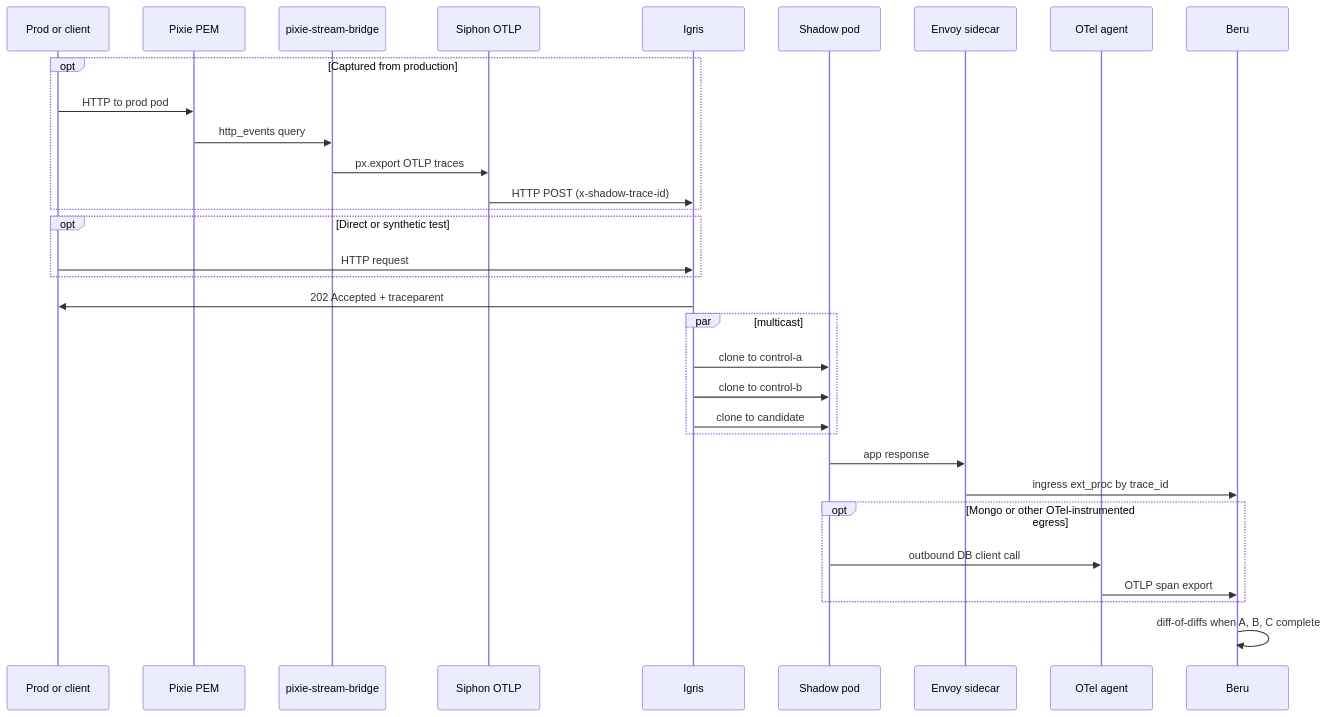
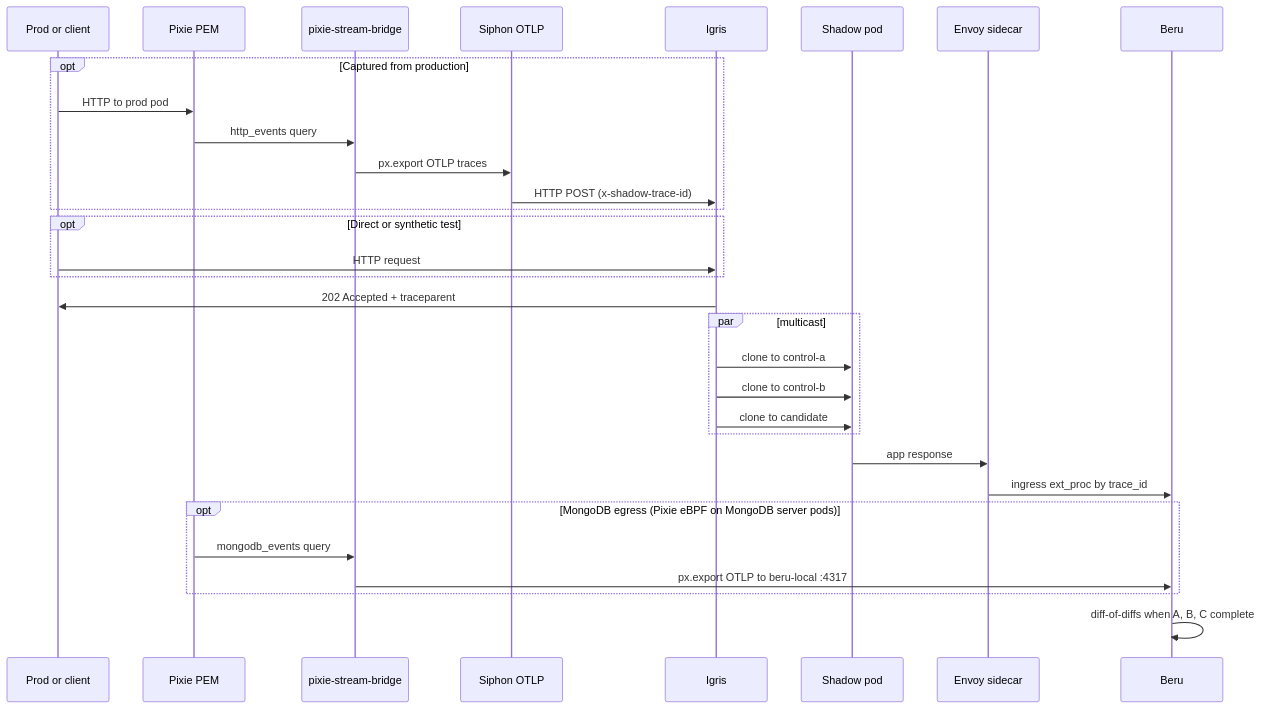
Before and after one commit to nederrgo/shadow-diff: the third of 5 diagrams in docs/architecture/ARCHITECTURE.md, drawn with Mermaid. The commit also changed other lines of this file and 44 other files, not shown here.

````diff
--- a/docs/architecture/ARCHITECTURE.md
+++ b/docs/architecture/ARCHITECTURE.md
@@ -270,35 +294,34 @@
 ```mermaid
 sequenceDiagram
   participant P as Prod or client
   participant Pix as Pixie PEM
   participant Br as pixie-stream-bridge
   participant S as Siphon OTLP
   participant I as Igris
   participant Sh as Shadow pod
   participant E as Envoy sidecar
-  participant O as OTel agent
   participant B as Beru
 
   opt Captured from production
     P->>Pix: HTTP to prod pod
     Pix->>Br: http_events query
     Br->>S: px.export OTLP traces
     S->>I: HTTP POST (x-shadow-trace-id)
   end
   opt Direct or synthetic test
     P->>I: HTTP request
   end
   I->>P: 202 Accepted + traceparent
   par multicast
     I->>Sh: clone to control-a
     I->>Sh: clone to control-b
     I->>Sh: clone to candidate
   end
   Sh->>E: app response
   E->>B: ingress ext_proc by trace_id
-  opt Mongo or other OTel-instrumented egress
-    Sh->>O: outbound DB client call
-    O->>B: OTLP span export
+  opt MongoDB egress (Pixie eBPF on MongoDB server pods)
+    Pix->>Br: mongodb_events query
+    Br->>B: px.export OTLP to beru-local :4317
   end
   B->>B: diff-of-diffs when A, B, C complete
 ```
````
